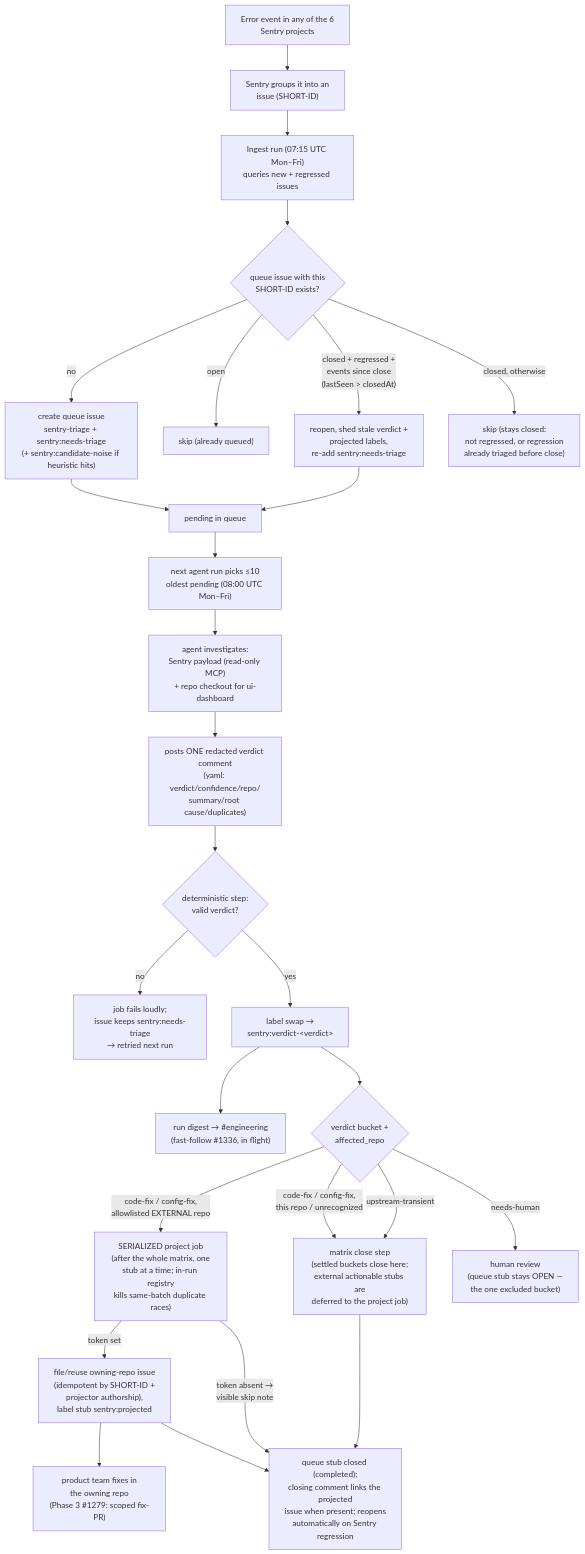
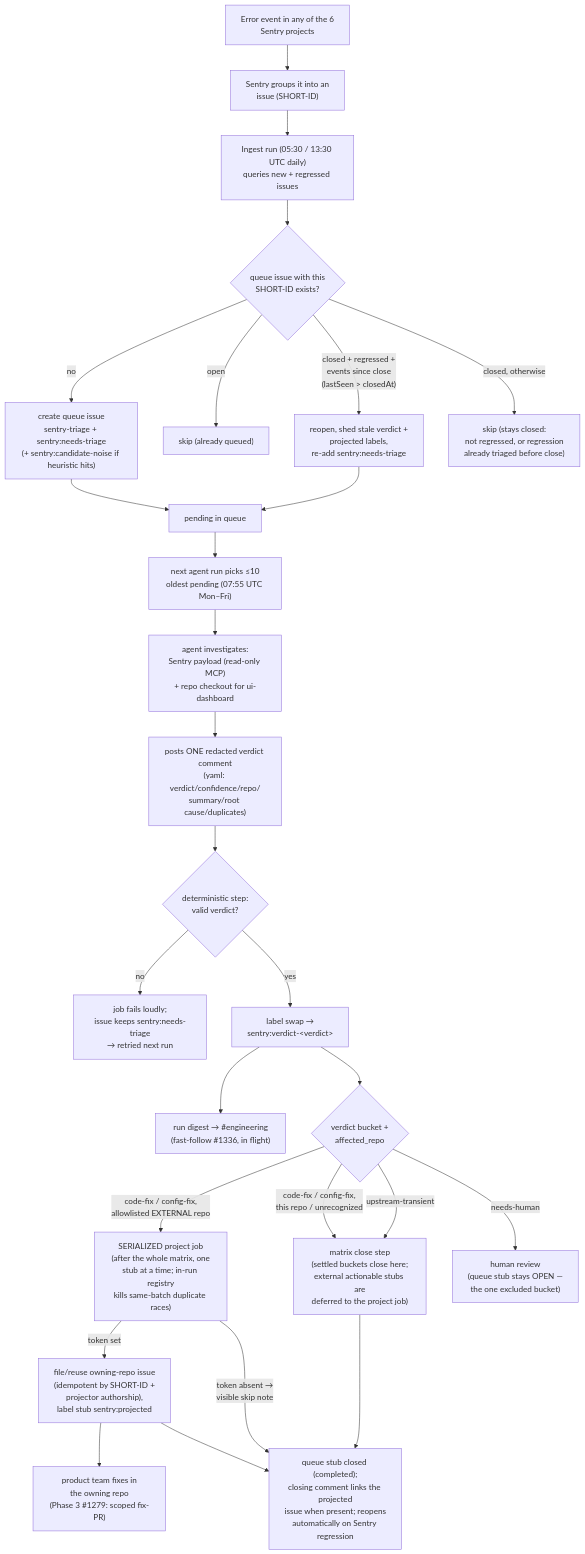
The second of 2 diagrams in docs/notes/sentry-triage-pipeline.md (mento-protocol/monitoring-monorepo), drawn with Mermaid before and after one commit. The commit also changed other lines of this file and 4 other files, not shown here.

First line of the commit message:
fix(ci): keep ingest 2x/day daily; off-hour agent cron; stale cap comment

````diff
--- a/docs/notes/sentry-triage-pipeline.md
+++ b/docs/notes/sentry-triage-pipeline.md
@@ -100,29 +101,29 @@
 ```mermaid
 flowchart TD
     EV["Error event in any of the 6<br/>Sentry projects"] --> GRP["Sentry groups it into an<br/>issue (SHORT-ID)"]
-    GRP --> POLL["Ingest run (07:15 UTC Mon–Fri)<br/>queries new + regressed issues"]
+    GRP --> POLL["Ingest run (05:30 / 13:30 UTC daily)<br/>queries new + regressed issues"]
     POLL --> KNOWN{"queue issue with this<br/>SHORT-ID exists?"}
     KNOWN -- "no" --> CREATE["create queue issue<br/>sentry-triage + sentry:needs-triage<br/>(+ sentry:candidate-noise if heuristic hits)"]
     KNOWN -- "open" --> SKIP["skip (already queued)"]
     KNOWN -- "closed + regressed +<br/>events since close<br/>(lastSeen &gt; closedAt)" --> REOPEN["reopen, shed stale verdict +<br/>projected labels,<br/>re-add sentry:needs-triage"]
     KNOWN -- "closed, otherwise" --> STAY["skip (stays closed:<br/>not regressed, or regression<br/>already triaged before close)"]
     CREATE --> PEND["pending in queue"]
     REOPEN --> PEND
-    PEND --> BATCH["next agent run picks ≤10<br/>oldest pending (08:00 UTC Mon–Fri)"]
+    PEND --> BATCH["next agent run picks ≤10<br/>oldest pending (07:55 UTC Mon–Fri)"]
     BATCH --> INV["agent investigates:<br/>Sentry payload (read-only MCP)<br/>+ repo checkout for ui-dashboard"]
     INV --> VC["posts ONE redacted verdict comment<br/>(yaml: verdict/confidence/repo/<br/>summary/root cause/duplicates)"]
     VC --> VALID{"deterministic step:<br/>valid verdict?"}
     VALID -- "no" --> FAIL["job fails loudly;<br/>issue keeps sentry:needs-triage<br/>→ retried next run"]
     VALID -- "yes" --> SWAP["label swap →<br/>sentry:verdict-&lt;verdict&gt;"]
     SWAP --> DIGEST["run digest → #engineering<br/>(fast-follow #1336, in flight)"]
     SWAP --> BUCKET{"verdict bucket +<br/>affected_repo"}
     BUCKET -- "code-fix / config-fix,<br/>allowlisted EXTERNAL repo" --> PROJ["SERIALIZED project job<br/>(after the whole matrix, one<br/>stub at a time; in-run registry<br/>kills same-batch duplicate races)"]
     PROJ -- "token set" --> FILE["file/reuse owning-repo issue<br/>(idempotent by SHORT-ID +<br/>projector authorship),<br/>label stub sentry:projected"]
     PROJ -- "token absent →<br/>visible skip note" --> CLOSED
     FILE --> OWNFIX["product team fixes in<br/>the owning repo<br/>(Phase 3 #1279: scoped fix-PR)"]
     FILE --> CLOSED
     BUCKET -- "code-fix / config-fix,<br/>this repo / unrecognized" --> CLOSESTEP
     BUCKET -- "upstream-transient" --> CLOSESTEP
     BUCKET -- "needs-human" --> REV["human review<br/>(queue stub stays OPEN —<br/>the one excluded bucket)"]
     CLOSESTEP["matrix close step<br/>(settled buckets close here;<br/>external actionable stubs are<br/>deferred to the project job)"] --> CLOSED["queue stub closed (completed);<br/>closing comment links the projected<br/>issue when present; reopens<br/>automatically on Sentry regression"]
 ```
````
